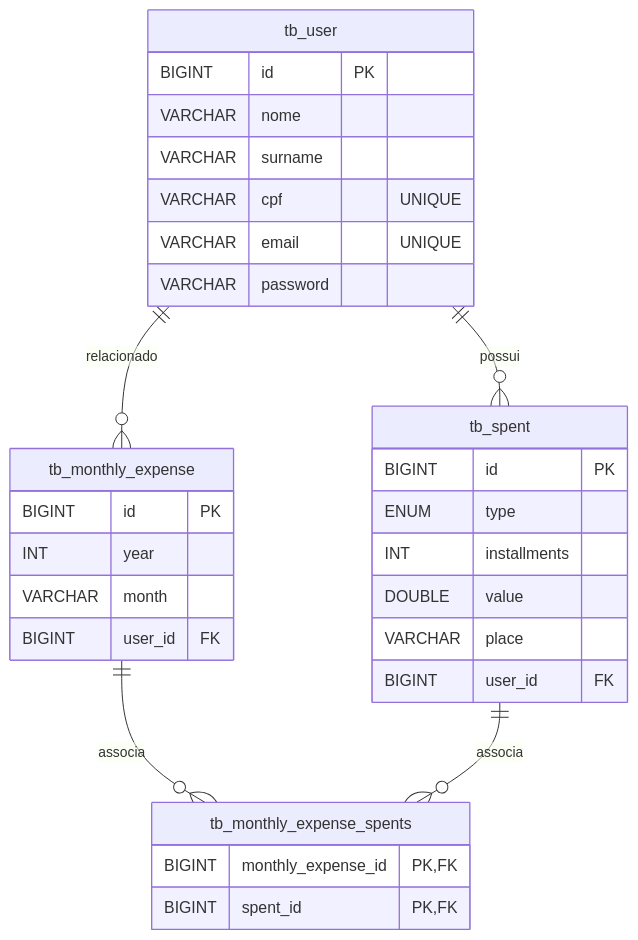
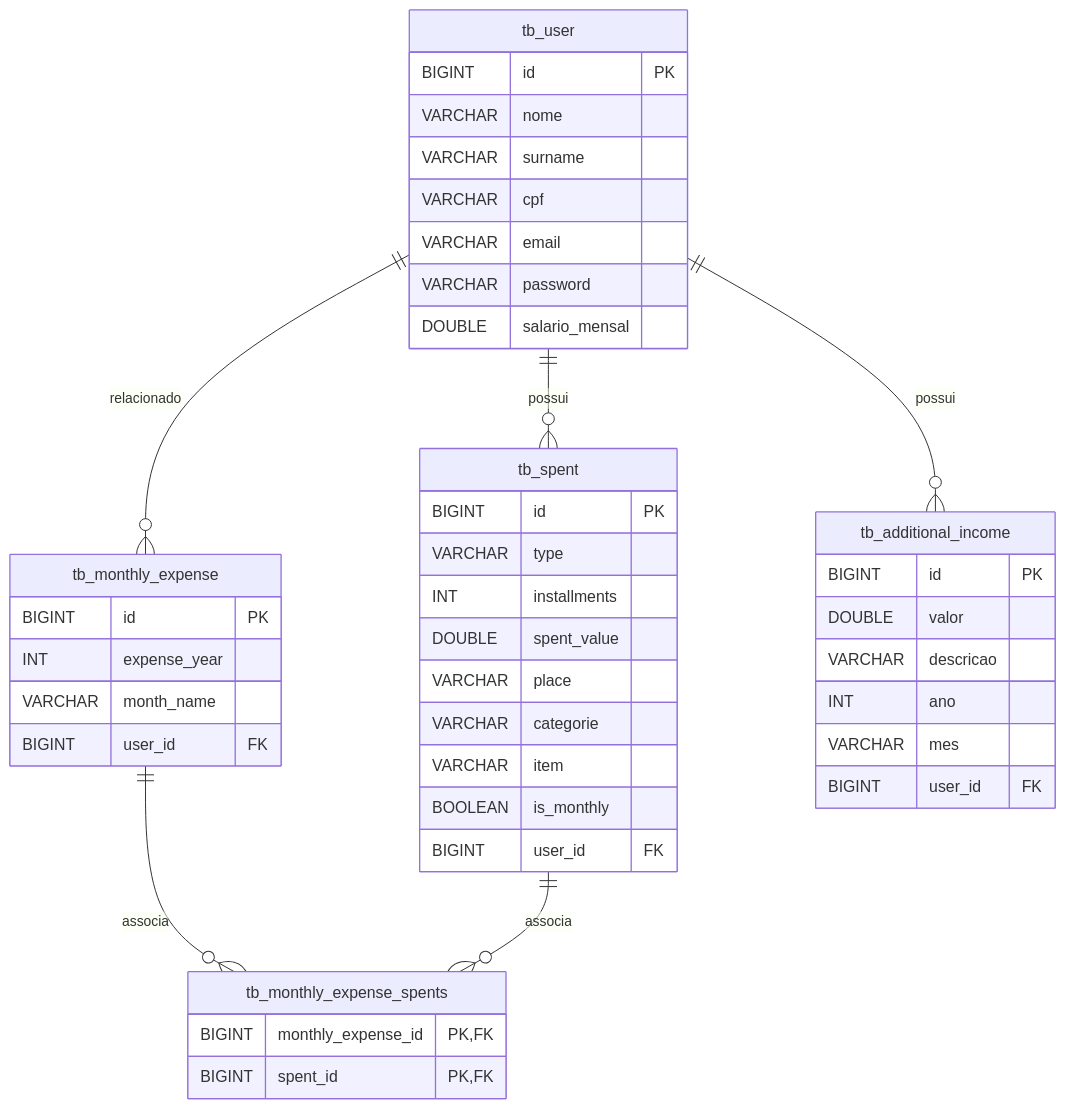
Before and after one commit to Fioshi/java-spring-smartCash: the diagram in README.md, drawn with Mermaid. The commit also changed other lines of this file and 2 other files, not shown here.

````diff
--- a/README.md
+++ b/README.md
@@ -53,37 +55,51 @@
 ```mermaid
 erDiagram
     tb_user ||--o{ tb_spent : "possui"
     tb_user ||--o{ tb_monthly_expense : "relacionado"
+    tb_user ||--o{ tb_additional_income : "possui"
     tb_monthly_expense ||--o{ tb_monthly_expense_spents : "associa"
     tb_spent ||--o{ tb_monthly_expense_spents : "associa"
 
     tb_user {
         BIGINT id PK
         VARCHAR nome
         VARCHAR surname
-        VARCHAR cpf "UNIQUE"
-        VARCHAR email "UNIQUE"
+        VARCHAR cpf
+        VARCHAR email
         VARCHAR password
+        DOUBLE salario_mensal
     }
 
     tb_spent {
         BIGINT id PK
-        ENUM type
+        VARCHAR type
         INT installments
-        DOUBLE value
+        DOUBLE spent_value
         VARCHAR place
+        VARCHAR categorie
+        VARCHAR item
+        BOOLEAN is_monthly
         BIGINT user_id FK
     }
 
     tb_monthly_expense {
         BIGINT id PK
-        INT year
-        VARCHAR month
+        INT expense_year
+        VARCHAR month_name
         BIGINT user_id FK
     }
 
     tb_monthly_expense_spents {
         BIGINT monthly_expense_id PK, FK
         BIGINT spent_id PK, FK
     }
+
+    tb_additional_income {
+        BIGINT id PK
+        DOUBLE valor
+        VARCHAR descricao
+        INT ano
+        VARCHAR mes
+        BIGINT user_id FK
+    }
 ```
````
